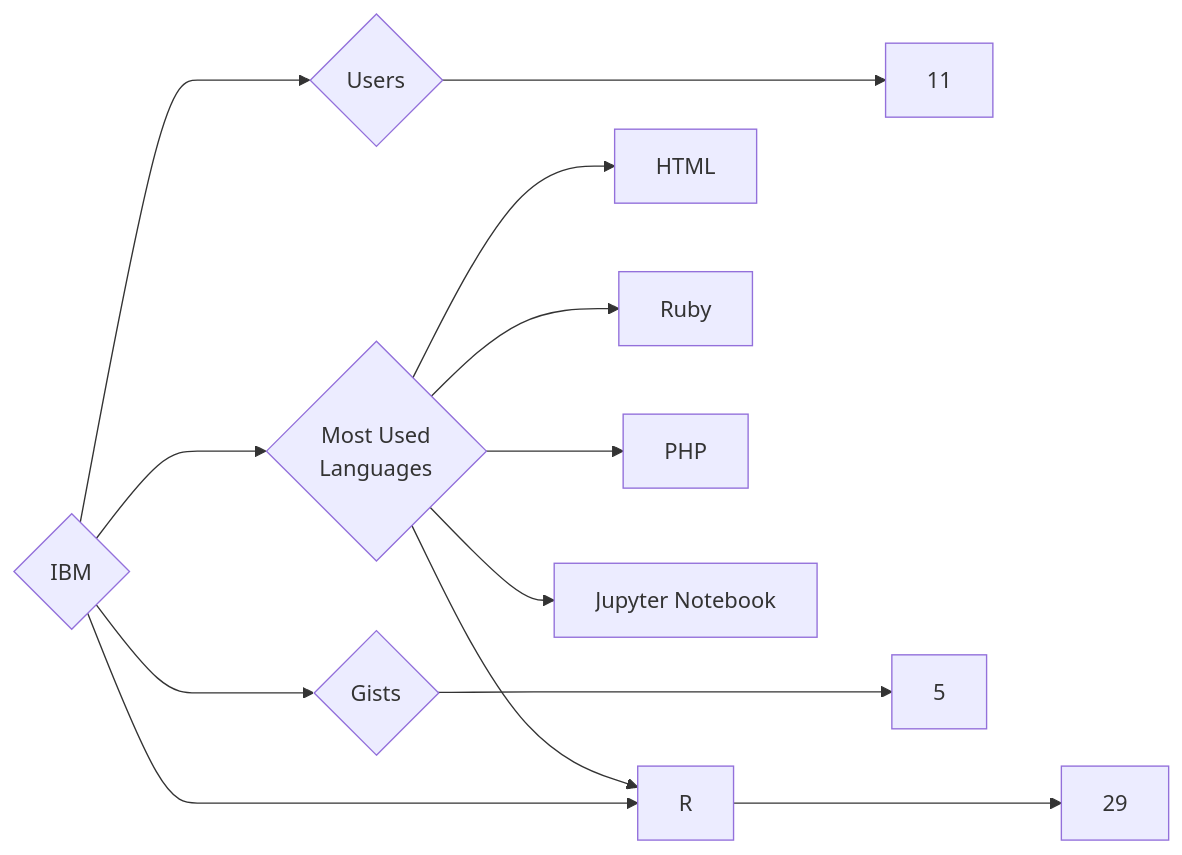
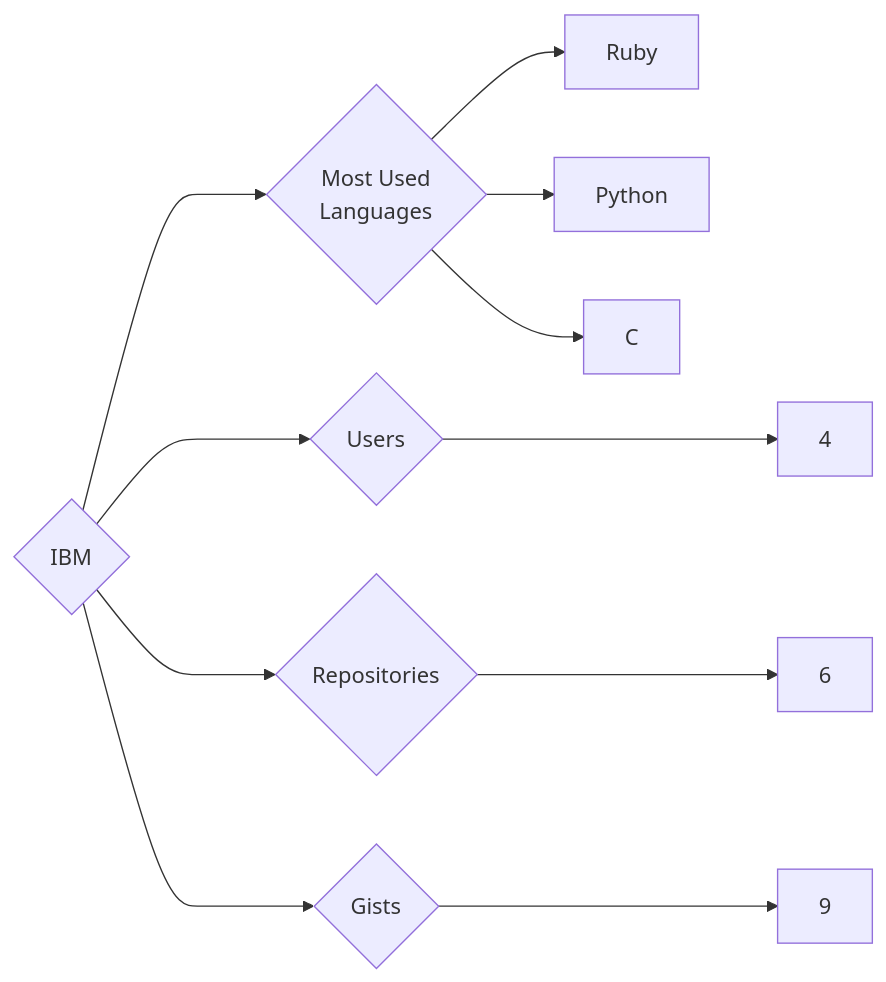
Before and after one commit to trickest/insiders: the diagram in targets/IBM/README.md, drawn with Mermaid. The commit also changed 1123 other files, not shown here.

````diff
--- a/targets/IBM/README.md
+++ b/targets/IBM/README.md
@@ -3,13 +3,11 @@
 ```mermaid
 graph LR
 COMPANY_NAME{IBM}
-COMPANY_NAME ---> U{Users} ---> UN[11]
-COMPANY_NAME ---> R{Repositories} ---> RN[29]
-COMPANY_NAME ---> G{Gists} ---> GN[5]
+COMPANY_NAME ---> U{Users} ---> UN[4]
+COMPANY_NAME ---> R{Repositories} ---> RN[6]
+COMPANY_NAME ---> G{Gists} ---> GN[9]
 COMPANY_NAME ---> ML{Most Used<br>Languages}
-ML --> HTML[HTML]
-ML --> R[R]
 ML --> Ruby[Ruby]
-ML --> PHP[PHP]
-ML --> Jupyter_Notebook[Jupyter Notebook]
+ML --> Python[Python]
+ML --> C[C]
 ```
````
